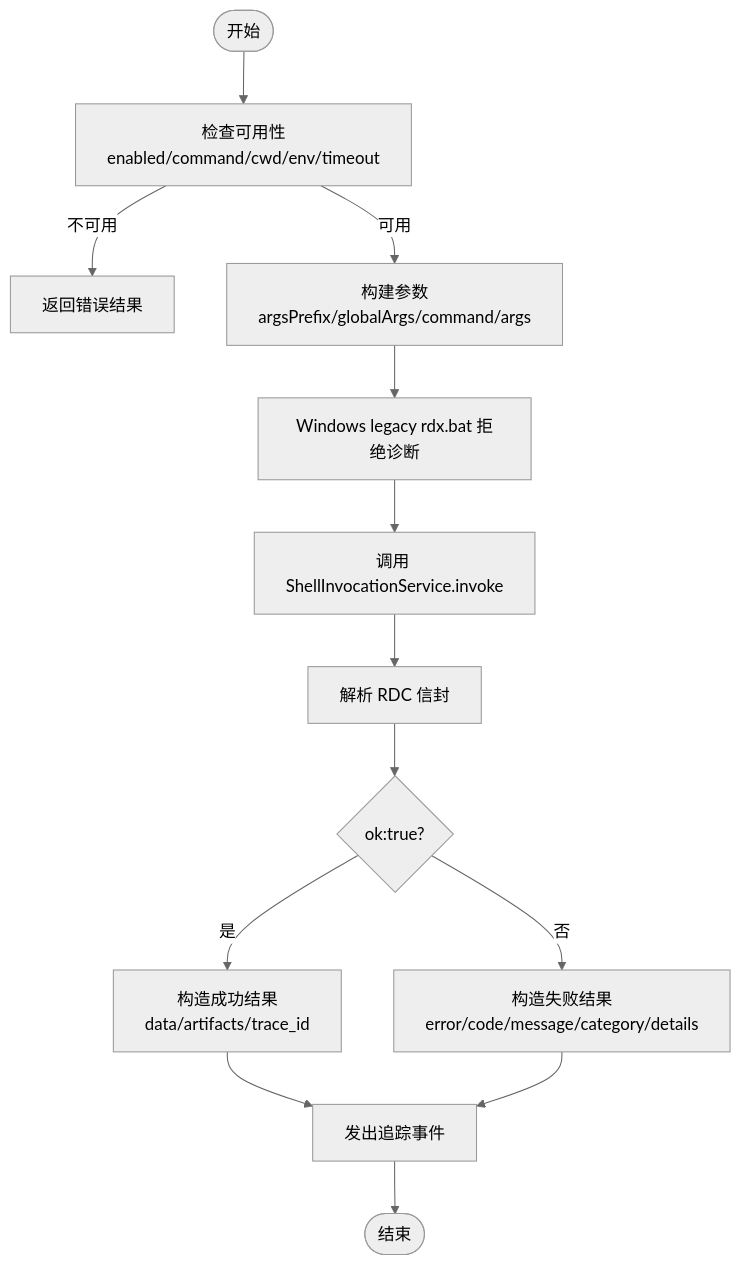
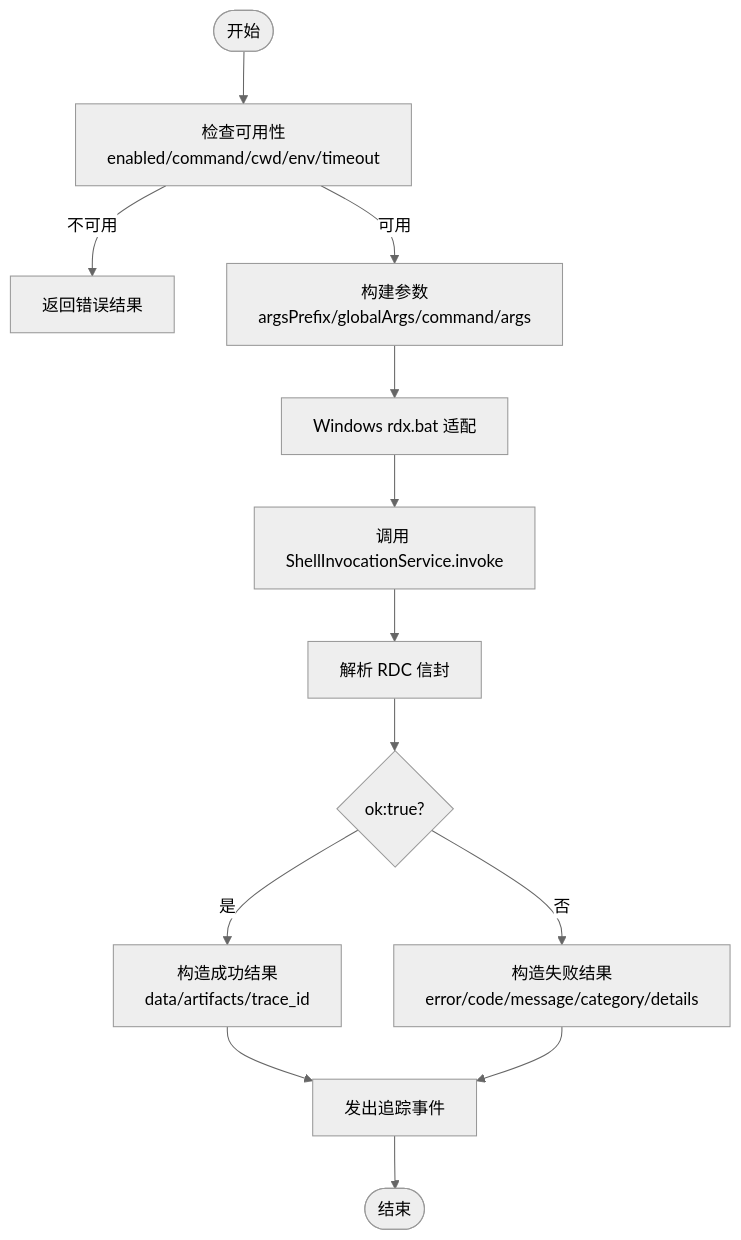
Before and after one commit to haolange/RDC-Agent: the third of 9 diagrams in .qoder/repowiki/zh/content/架构设计/主进程架构/工具执行系统.md, drawn with Mermaid (neutral theme). The commit also changed other lines of this file and 150 other files, not shown here.

````diff
--- a/.qoder/repowiki/zh/content/架构设计/主进程架构/工具执行系统.md
+++ b/.qoder/repowiki/zh/content/架构设计/主进程架构/工具执行系统.md
@@ -144,15 +152,15 @@
 ```mermaid
 flowchart TD
 Start(["开始"]) --> CheckAvail["检查可用性<br/>enabled/command/cwd/env/timeout"]
 CheckAvail --> |不可用| ReturnErr["返回错误结果"]
 CheckAvail --> |可用| BuildArgs["构建参数<br/>argsPrefix/globalArgs/command/args"]
-BuildArgs --> ResolveWin["Windows legacy rdx.bat 拒绝诊断"]
+BuildArgs --> ResolveWin["Windows rdx.bat 适配"]
 ResolveWin --> InvokeShell["调用 ShellInvocationService.invoke"]
 InvokeShell --> ParseRes["解析 RDC 信封"]
 ParseRes --> Ok{"ok:true?"}
 Ok --> |是| Success["构造成功结果<br/>data/artifacts/trace_id"]
 Ok --> |否| Fail["构造失败结果<br/>error/code/message/category/details"]
 Success --> Trace["发出追踪事件"]
 Fail --> Trace
 Trace --> End(["结束"])
 ```
````
